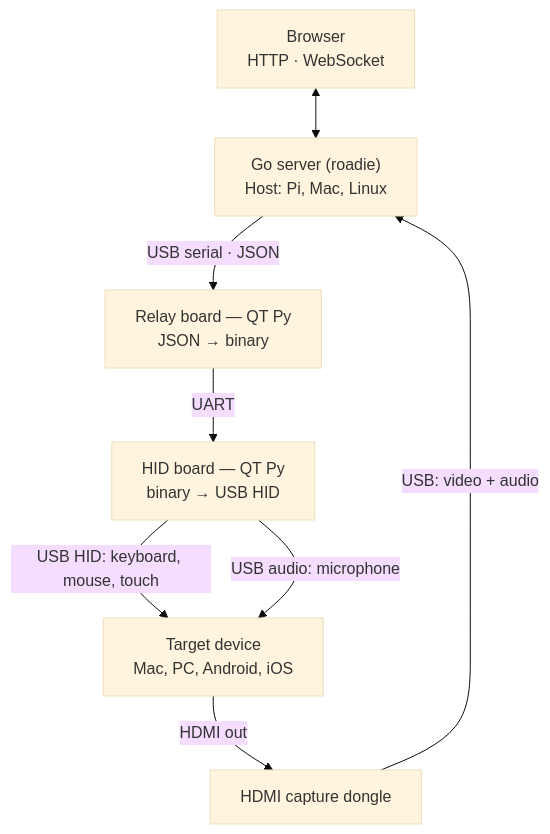
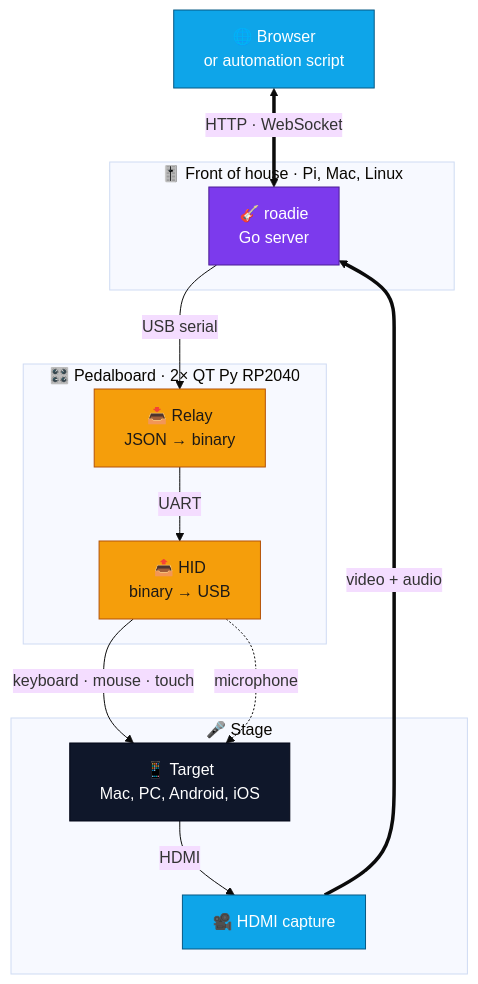
Before and after one commit to VibiumDev/roadie: the diagram in README.md, drawn with Mermaid (base theme).

Commit message:
Dress the diagram as a stage rig
Front of house, pedalboard, stage — the signal chain was already the shape
of the thing, so name it that way.

````diff
--- a/README.md
+++ b/README.md
@@ -26,17 +26,35 @@
 ```mermaid
 flowchart TB
-    B["Browser<br/>HTTP · WebSocket"]
-    S["Go server (roadie)<br/>Host: Pi, Mac, Linux"]
-    R["Relay board — QT Py<br/>JSON → binary"]
-    H["HID board — QT Py<br/>binary → USB HID"]
-    D["HDMI capture dongle"]
-    T["Target device<br/>Mac, PC, Android, iOS"]
+    B["🌐 Browser<br/>or automation script"]
 
-    B <--> S
-    S -- "USB serial · JSON" --> R
+    subgraph FOH["🎚️ Front of house · Pi, Mac, Linux"]
+        S["🎸 roadie<br/>Go server"]
+    end
+
+    subgraph PEDAL["🎛️ Pedalboard · 2× QT Py RP2040"]
+        R["📥 Relay<br/>JSON → binary"]
+        H["📤 HID<br/>binary → USB"]
+    end
+
+    subgraph STAGE["🎤 Stage"]
+        T["📱 Target<br/>Mac, PC, Android, iOS"]
+        D["🎥 HDMI capture"]
+    end
+
+    B <== "HTTP · WebSocket" ==> S
+    S -- "USB serial" --> R
     R -- "UART" --> H
-    H -- "USB HID: keyboard, mouse, touch" --> T
-    H -- "USB audio: microphone" --> T
-    T -- "HDMI out" --> D
-    D -- "USB: video + audio" --> S
+    H -- "keyboard · mouse · touch" --> T
+    H -. "microphone" .-> T
+    T -- "HDMI" --> D
+    D == "video + audio" ==> S
+
+    classDef srv fill:#7c3aed,stroke:#4c1d95,color:#fff
+    classDef brd fill:#f59e0b,stroke:#b45309,color:#1c1917
+    classDef tgt fill:#0f172a,stroke:#020617,color:#fff
+    classDef ext fill:#0ea5e9,stroke:#075985,color:#fff
+    class S srv
+    class R,H brd
+    class T tgt
+    class B,D ext
 ```
````
